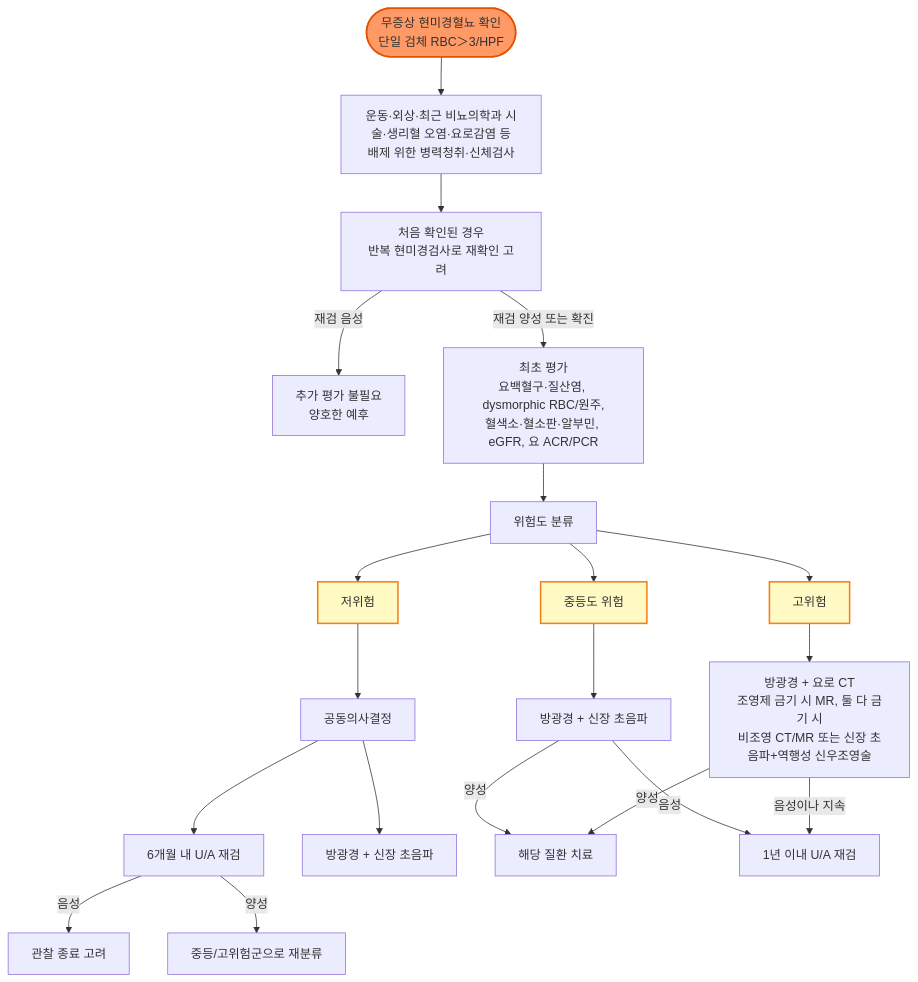
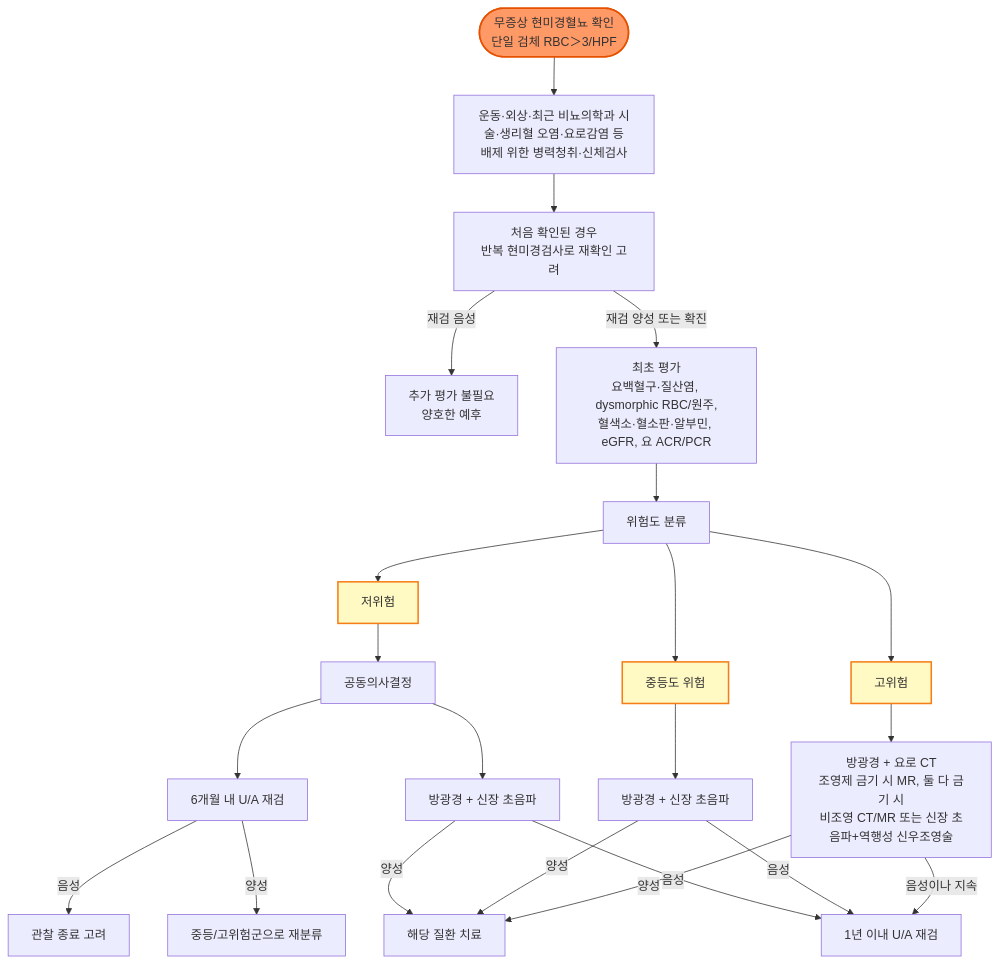
One commit to familyoh77/familyoh77 changed the diagram in 227_/110_-hematuria.md. Above: the diagram before and after it, drawn with Mermaid. The commit also changed other lines of this file, not shown here.

````diff
--- a/227_/110_-hematuria.md
+++ b/227_/110_-hematuria.md
@@ -131,31 +146,33 @@
 ```mermaid
 graph TD
     A([무증상 현미경혈뇨 확인<br>단일 검체 RBC＞3/HPF]) --> B[운동·외상·최근 비뇨의학과 시술·생리혈 오염·요로감염 등<br>배제 위한 병력청취·신체검사]
     B --> C[처음 확인된 경우<br>반복 현미경검사로 재확인 고려]
     C -->|재검 음성| C1[추가 평가 불필요<br>양호한 예후]
     C -->|재검 양성 또는 확진| D0[최초 평가<br>요백혈구·질산염, dysmorphic RBC/원주,<br>혈색소·혈소판·알부민, eGFR, 요 ACR/PCR]
     D0 --> D[위험도 분류]
 
     D --> E[저위험]
     D --> F[중등도 위험]
     D --> G[고위험]
 
     E --> E1[공동의사결정]
     E1 --> E2[6개월 내 U/A 재검]
     E1 --> E3[방광경 + 신장 초음파]
     E2 -->|음성| E4[관찰 종료 고려]
     E2 -->|양성| G0[중등/고위험군으로 재분류]
+    E3 -->|양성| H1[해당 질환 치료]
+    E3 -->|음성| F2[1년 이내 U/A 재검]
 
     F --> F1[방광경 + 신장 초음파]
-    F1 -->|양성| H1[해당 질환 치료]
-    F1 -->|음성| F2[1년 이내 U/A 재검]
+    F1 -->|양성| H1
+    F1 -->|음성| F2
 
     G --> G1[방광경 + 요로 CT<br>조영제 금기 시 MR, 둘 다 금기 시<br>비조영 CT/MR 또는 신장 초음파+역행성 신우조영술]
     G1 -->|양성| H1
     G1 -->|음성이나 지속| F2
 
     style A fill:#f96,stroke:#e65100,stroke-width:2px
     style E fill:#fff9c4,stroke:#f57f17,stroke-width:2px
     style F fill:#fff9c4,stroke:#f57f17,stroke-width:2px
     style G fill:#fff9c4,stroke:#f57f17,stroke-width:2px
 ```
````
